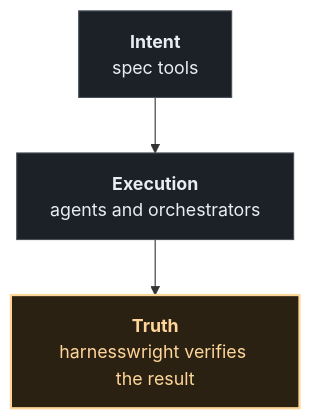
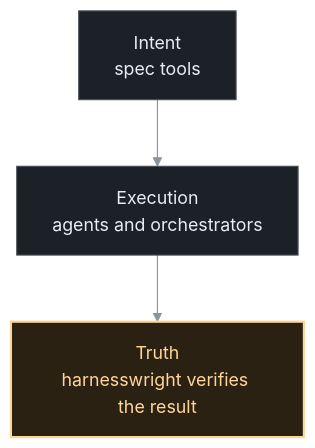
One commit to pietro-falco/harnesswright changed the third of 3 diagrams in README.md. Above: the diagram before and after it, drawn with Mermaid. The commit also changed other lines of this file, not shown here.

Commit message:
docs(readme): mermaid house style v2 — native SVG labels, color legend (S-SR-004)

````diff
--- a/README.md
+++ b/README.md
@@ -104,9 +111,9 @@
 ```mermaid
-%%{init: {"theme":"base","themeVariables":{"fontFamily":"-apple-system,BlinkMacSystemFont,'Segoe UI',Helvetica,Arial,sans-serif","fontSize":"15px","primaryColor":"#1c2128","primaryTextColor":"#e6edf3","primaryBorderColor":"#484f58","lineColor":"#8b949e","edgeLabelBackground":"#21262d"},"flowchart":{"htmlLabels":true,"curve":"basis","padding":14,"nodeSpacing":50,"rankSpacing":55,"wrappingWidth":260}}}%%
+%%{init: {"theme":"base","themeVariables":{"primaryColor":"#1c2128","primaryTextColor":"#e6edf3","primaryBorderColor":"#484f58","lineColor":"#8b949e","edgeLabelBackground":"#21262d","clusterBkg":"transparent","clusterBorder":"#30363d"},"flowchart":{"htmlLabels":false,"curve":"basis","padding":16,"nodeSpacing":55,"rankSpacing":60}}}%%
 flowchart TB
-    l1["<b>Intent</b><br/>spec tools"] --> l2["<b>Execution</b><br/>agents and orchestrators"]
-    l2 --> l3["<b>Truth</b><br/>harnesswright verifies the result"]
+    l1["Intent<br/>spec tools"] --> l2["Execution<br/>agents and orchestrators"]
+    l2 --> l3["Truth<br/>harnesswright verifies the result"]
     classDef default fill:#1c2128,stroke:#484f58,color:#e6edf3
     classDef truth fill:#2b2113,stroke:#ffd699,color:#ffd699,stroke-width:2px
     class l3 truth
 ```
````
